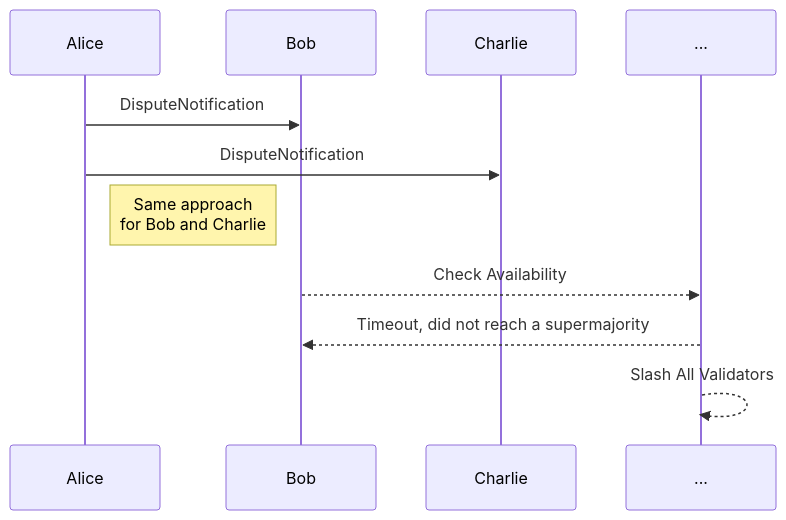
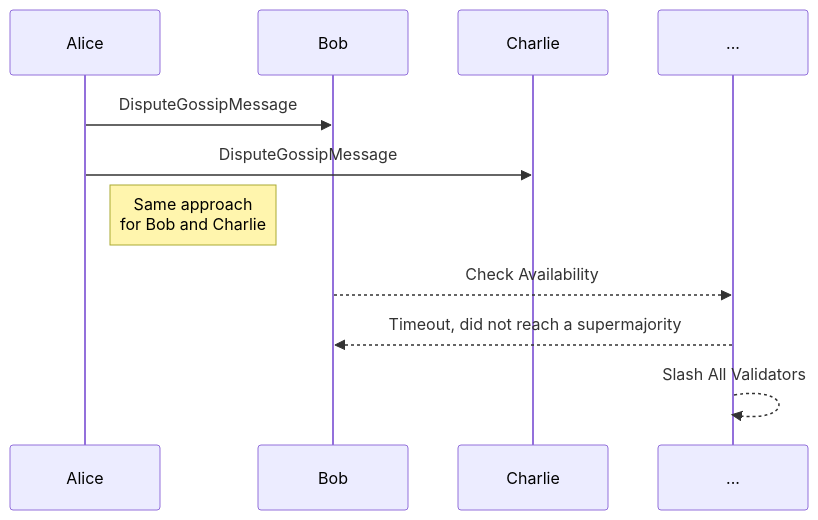
Before and after one commit to paritytech/polkadot: the fifth of 7 diagrams in roadmap/implementers-guide/src/runtime/disputes.md, drawn with Mermaid. The commit also changed other lines of this file, not shown here.

Commit message:
define DisputeGossipMessage

````diff
--- a/roadmap/implementers-guide/src/runtime/disputes.md
+++ b/roadmap/implementers-guide/src/runtime/disputes.md
@@ -173,9 +171,9 @@
 ```mermaid
 sequenceDiagram
-    Alice ->> Bob: DisputeNotification
-    Alice ->> Charlie: DisputeNotification
+    Alice ->> Bob: DisputeGossipMessage
+    Alice ->> Charlie: DisputeGossipMessage
     Note right of Alice: Same approach<br>for Bob and Charlie
     Bob -->> ...: Check Availability
     ... -->> Bob: Timeout, did not reach a supermajority
     ... -->> ...: Slash All Validators
 ```
````
